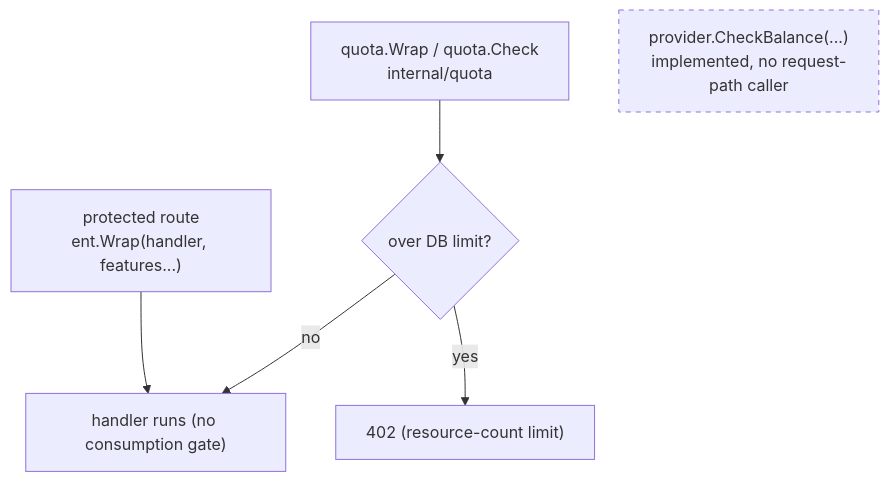
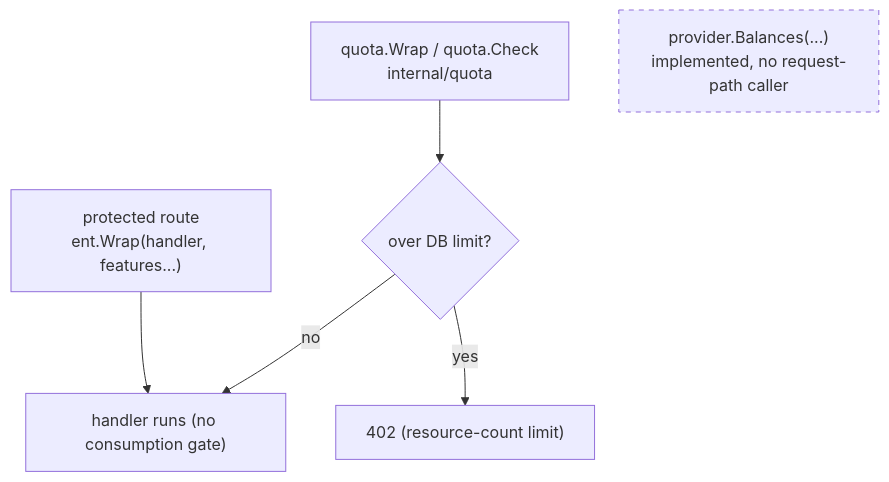
Before and after one commit to astropods/astro-cli: the fifth of 8 diagrams in docs/03-architecture/billing-data-flow.md, drawn with Mermaid. The commit also changed other lines of this file and 3 other files, not shown here.

First line of the commit message:
docs: fix architecture doc minor drift (#1852)

````diff
--- a/docs/03-architecture/billing-data-flow.md
+++ b/docs/03-architecture/billing-data-flow.md
@@ -128,9 +128,9 @@
 ```mermaid
 flowchart TD
     REQ["protected route<br/>ent.Wrap(handler, features...)"] --> PASS["handler runs (no consumption gate)"]
     QUOTA["quota.Wrap / quota.Check<br/>internal/quota"] --> Q402{"over DB limit?"}
     Q402 -->|yes| R402["402 (resource-count limit)"]
     Q402 -->|no| PASS
-    CB["provider.CheckBalance(...)<br/>implemented, no request-path caller"]:::todo
+    CB["provider.Balances(...)<br/>implemented, no request-path caller"]:::todo
     classDef todo stroke-dasharray: 5 5;
 ```
````
